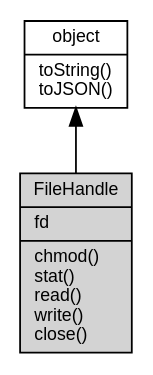
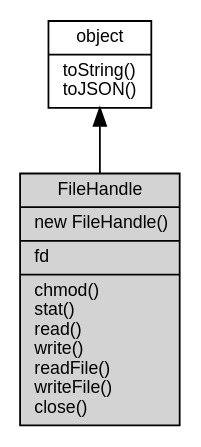
One commit to fibjs/fibjs.org changed the diagram in docs/manual/object/ifs/FileHandle.md. Above: the diagram before and after it, drawn with Graphviz. The commit also changed other lines of this file and 148 other files, not shown here.

First line of the commit message:
feat: add ZlibCodec documentation and update object graph

````diff
--- a/docs/manual/object/ifs/FileHandle.md
+++ b/docs/manual/object/ifs/FileHandle.md
@@ -9,10 +9,10 @@
 ```dot
 digraph {
     node [fontname="Helvetica,sans-Serif", fontsize=10, shape="record", style="filled", fillcolor="white"];
 
     object [tooltip="object", URL="object.md", label="{object|toString()\ltoJSON()\l}"];
-    FileHandle [tooltip="FileHandle", fillcolor="lightgray", id="me", label="{FileHandle|fd\l|chmod()\lstat()\lread()\lwrite()\lclose()\l}"];
+    FileHandle [tooltip="FileHandle", fillcolor="lightgray", id="me", label="{FileHandle|new FileHandle()\l|fd\l|chmod()\lstat()\lread()\lwrite()\lreadFile()\lwriteFile()\lclose()\l}"];
 
     object -> FileHandle [dir=back];
 }
 ```
````
